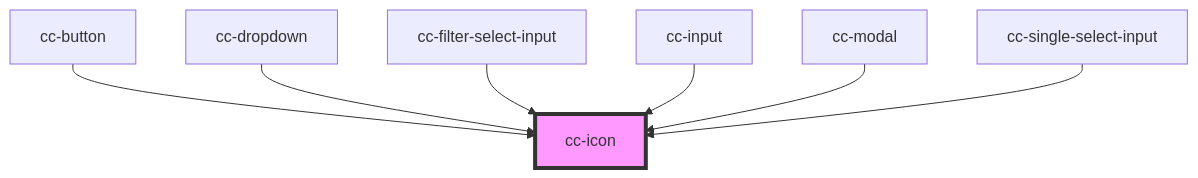
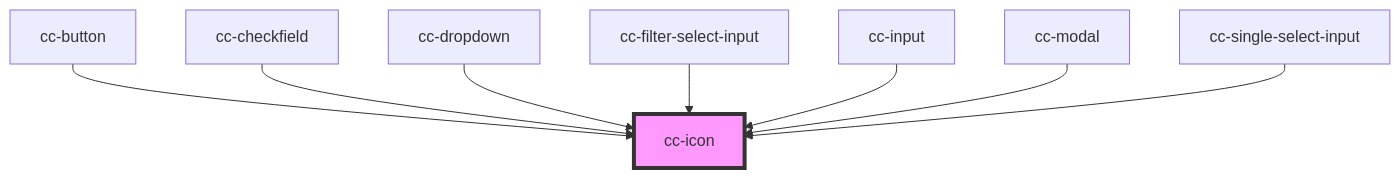
One commit to lacafetalab/cafeta-components changed the diagram in packages/core/src/components/cc-icon/readme.md. Above: the diagram before and after it, drawn with Mermaid. The commit also changed other lines of this file and 6 other files, not shown here.

````diff
--- a/packages/core/src/components/cc-icon/readme.md
+++ b/packages/core/src/components/cc-icon/readme.md
@@ -28,10 +29,11 @@
 ```mermaid
 graph TD;
   cc-button --> cc-icon
+  cc-checkfield --> cc-icon
   cc-dropdown --> cc-icon
   cc-filter-select-input --> cc-icon
   cc-input --> cc-icon
   cc-modal --> cc-icon
   cc-single-select-input --> cc-icon
   style cc-icon fill:#f9f,stroke:#333,stroke-width:4px
 ```
````
